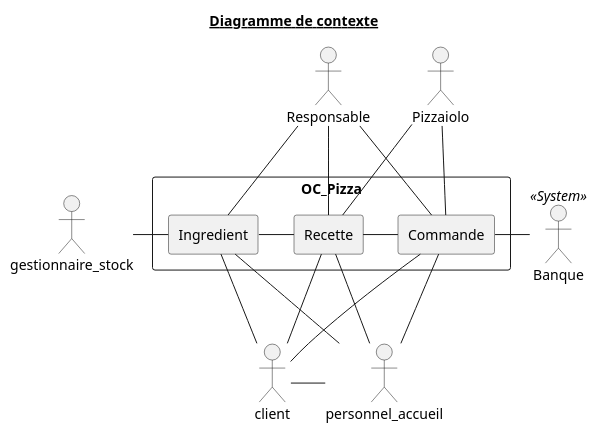
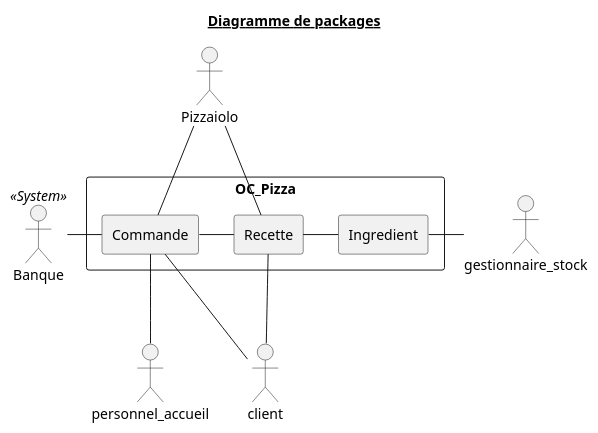
One commit to Zepmanbc/oc_dapython_pr4 changed the diagram in doc/uml/1_PackageDiagram.puml. Above: the diagram before and after it, drawn with PlantUML. The commit also changed 21 other files, not shown here.

```diff
--- a/doc/uml/1_PackageDiagram.puml
+++ b/doc/uml/1_PackageDiagram.puml
@@ -1,53 +1,35 @@
-@startuml 1_contextDiagram
-title <u> Diagramme de contexte</u>
+@startuml 1_PackageDiagram
+title <u> Diagramme de packages</u>
 ' left to right direction
 ' top to bottom direction
 
 rectangle OC_Pizza {
+    rectangle Ingredient AS ITEM
+    rectangle Recette AS RECIPE
     rectangle Commande AS CMD
-    rectangle Recette AS RECIPE
-    rectangle Ingredient AS ITEM
-    
 }
 
-actor Responsable as RESP
 actor Pizzaiolo as PIZLO
 
 actor Banque <<System>> as BANK
-
+actor personnel_accueil as ACCUEIL
 actor client as CUSTOMER
-actor personnel_accueil as ACCUEIL
-
-
 actor gestionnaire_stock as GEST
 
-
-GEST -r- ITEM
 
 CMD - RECIPE
 RECIPE - ITEM
 
-RESP -- RECIPE
-RESP -- ITEM
-RESP -- CMD
-
 PIZLO -- RECIPE
 PIZLO -- CMD
 
+CMD -l- BANK
 
-CMD - BANK
+ITEM - GEST
 
+CUSTOMER -u- CMD
+CUSTOMER -u- RECIPE
 
-CMD -- CUSTOMER
 CMD -- ACCUEIL
-RECIPE -- CUSTOMER
-RECIPE -- ACCUEIL
-CUSTOMER - ACCUEIL
-ITEM -- CUSTOMER
-ITEM -- ACCUEIL
-
-
-
-
 
 @enduml
```
